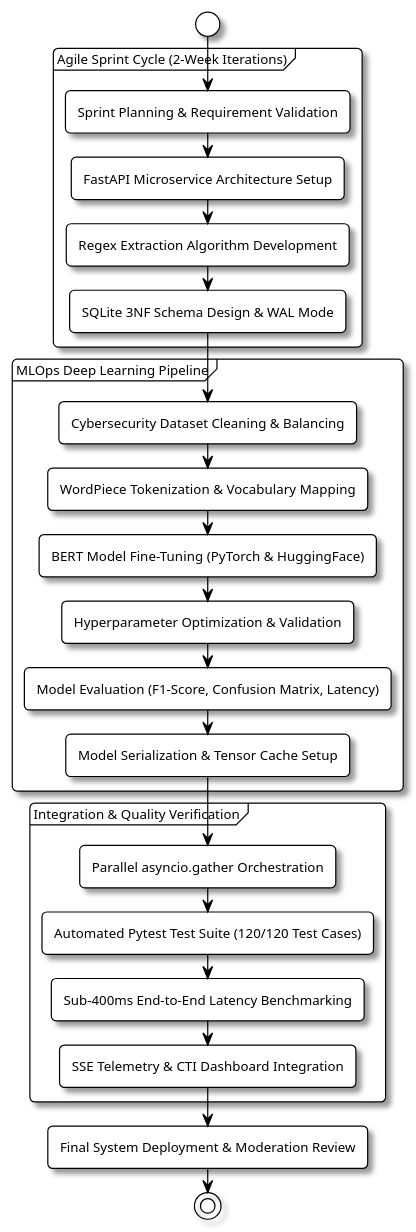
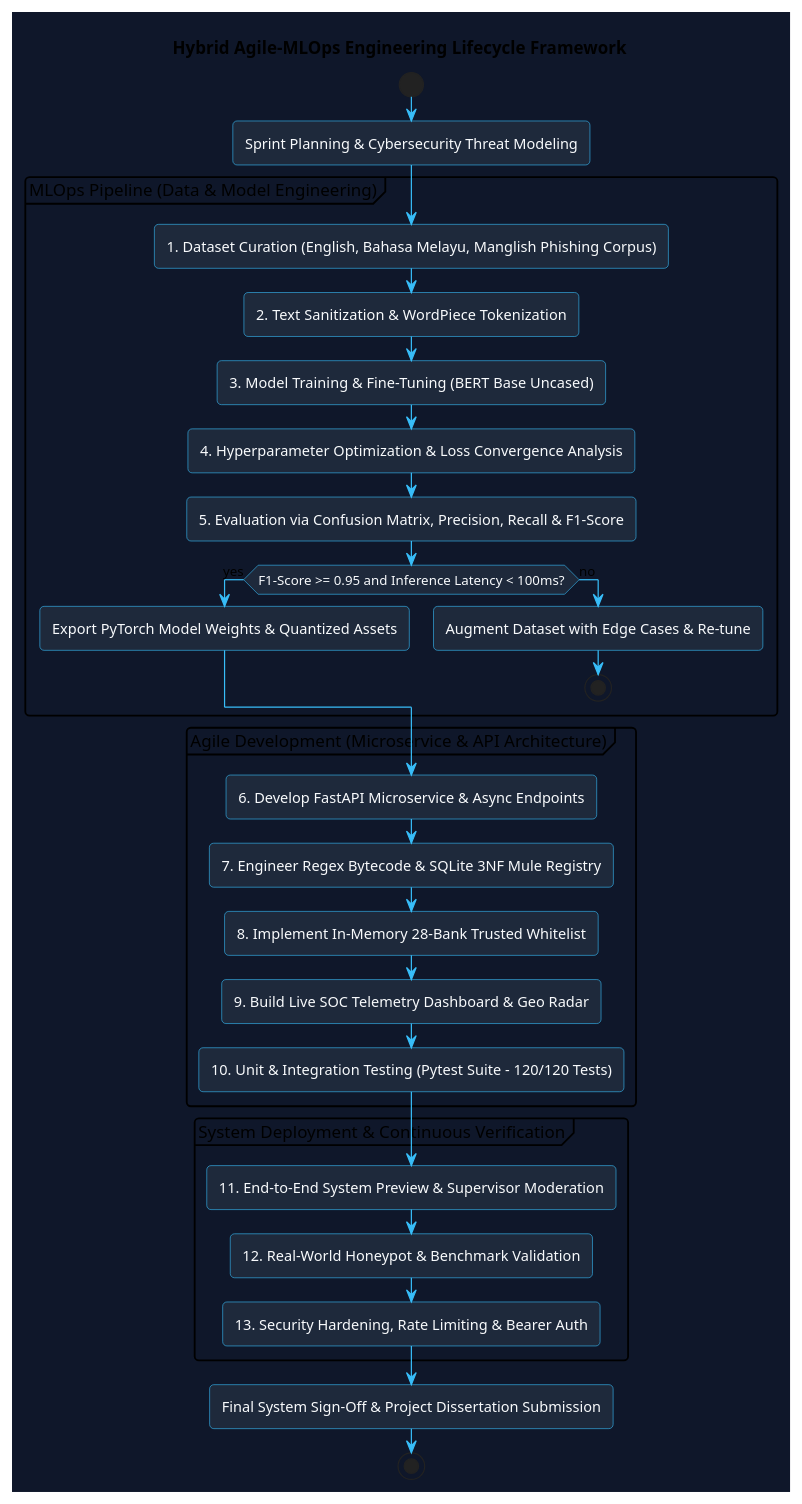
One commit to KunTheNoobie/PhishGuard-AI-Complete changed the third of 3 diagrams in report/diagrams/Chapter_1_Diagrams.puml. Above: the diagram before and after it, drawn with PlantUML. The commit also changed other lines of this file and 2 other files, not shown here.

Commit message:
docs(report): complete Front Matter and Chapter 1 Introduction with rigorous academic expansion and embedded PlantUML diagrams

```diff
--- a/report/diagrams/Chapter_1_Diagrams.puml
+++ b/report/diagrams/Chapter_1_Diagrams.puml
@@ -142,38 +140,45 @@
-@startuml Figure_1_4_Agile_MLOps_Workflow
-!theme plain
-skinparam backgroundColor #FFFFFF
-skinparam defaultFontName "Arial"
-skinparam defaultFontSize 11
-skinparam shadowing true
-skinparam roundCorner 8
+@startuml Agile_MLOps_Lifecycle_Chapter_1
+!theme vibrant
+skinparam backgroundColor #0f172a
+skinparam ArrowColor #38bdf8
+skinparam ActivityBorderColor #38bdf8
+skinparam ActivityBackgroundColor #1e293b
+skinparam ActivityFontColor #f8fafc
+
+title Hybrid Agile-MLOps Engineering Lifecycle Framework
 
 start
+:Sprint Planning & Cybersecurity Threat Modeling;
 
-partition "Agile Sprint Cycle (2-Week Iterations)" {
-    :Sprint Planning & Requirement Validation;
-    :FastAPI Microservice Architecture Setup;
-    :Regex Extraction Algorithm Development;
-    :SQLite 3NF Schema Design & WAL Mode;
+partition "MLOps Pipeline (Data & Model Engineering)" {
+    :1. Dataset Curation (English, Bahasa Melayu, Manglish Phishing Corpus);
+    :2. Text Sanitization & WordPiece Tokenization;
+    :3. Model Training & Fine-Tuning (BERT Base Uncased);
+    :4. Hyperparameter Optimization & Loss Convergence Analysis;
+    :5. Evaluation via Confusion Matrix, Precision, Recall & F1-Score;
+    if (F1-Score >= 0.95 and Inference Latency < 100ms?) then (yes)
+        :Export PyTorch Model Weights & Quantized Assets;
+    else (no)
+        :Augment Dataset with Edge Cases & Re-tune;
+        stop
+    endif
 }
 
-partition "MLOps Deep Learning Pipeline" {
-    :Cybersecurity Dataset Cleaning & Balancing;
-    :WordPiece Tokenization & Vocabulary Mapping;
-    :BERT Model Fine-Tuning (PyTorch & HuggingFace);
-    :Hyperparameter Optimization & Validation;
-    :Model Evaluation (F1-Score, Confusion Matrix, Latency);
-    :Model Serialization & Tensor Cache Setup;
+partition "Agile Development (Microservice & API Architecture)" {
+    :6. Develop FastAPI Microservice & Async Endpoints;
+    :7. Engineer Regex Bytecode & SQLite 3NF Mule Registry;
+    :8. Implement In-Memory 28-Bank Trusted Whitelist;
+    :9. Build Live SOC Telemetry Dashboard & Geo Radar;
+    :10. Unit & Integration Testing (Pytest Suite - 120/120 Tests);
 }
 
-partition "Integration & Quality Verification" {
-    :Parallel asyncio.gather Orchestration;
-    :Automated Pytest Test Suite (120/120 Test Cases);
-    :Sub-400ms End-to-End Latency Benchmarking;
-    :SSE Telemetry & CTI Dashboard Integration;
+partition "System Deployment & Continuous Verification" {
+    :11. End-to-End System Preview & Supervisor Moderation;
+    :12. Real-World Honeypot & Benchmark Validation;
+    :13. Security Hardening, Rate Limiting & Bearer Auth;
 }
 
-:Final System Deployment & Moderation Review;
-
+:Final System Sign-Off & Project Dissertation Submission;
 stop
 
 @enduml
```
